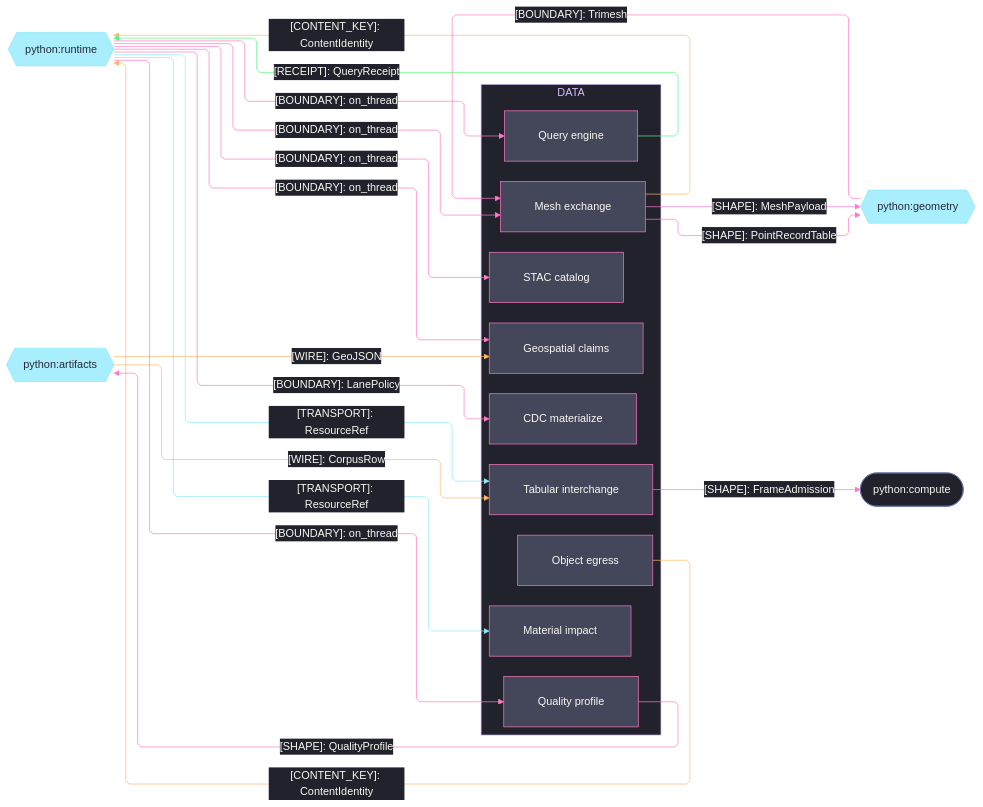
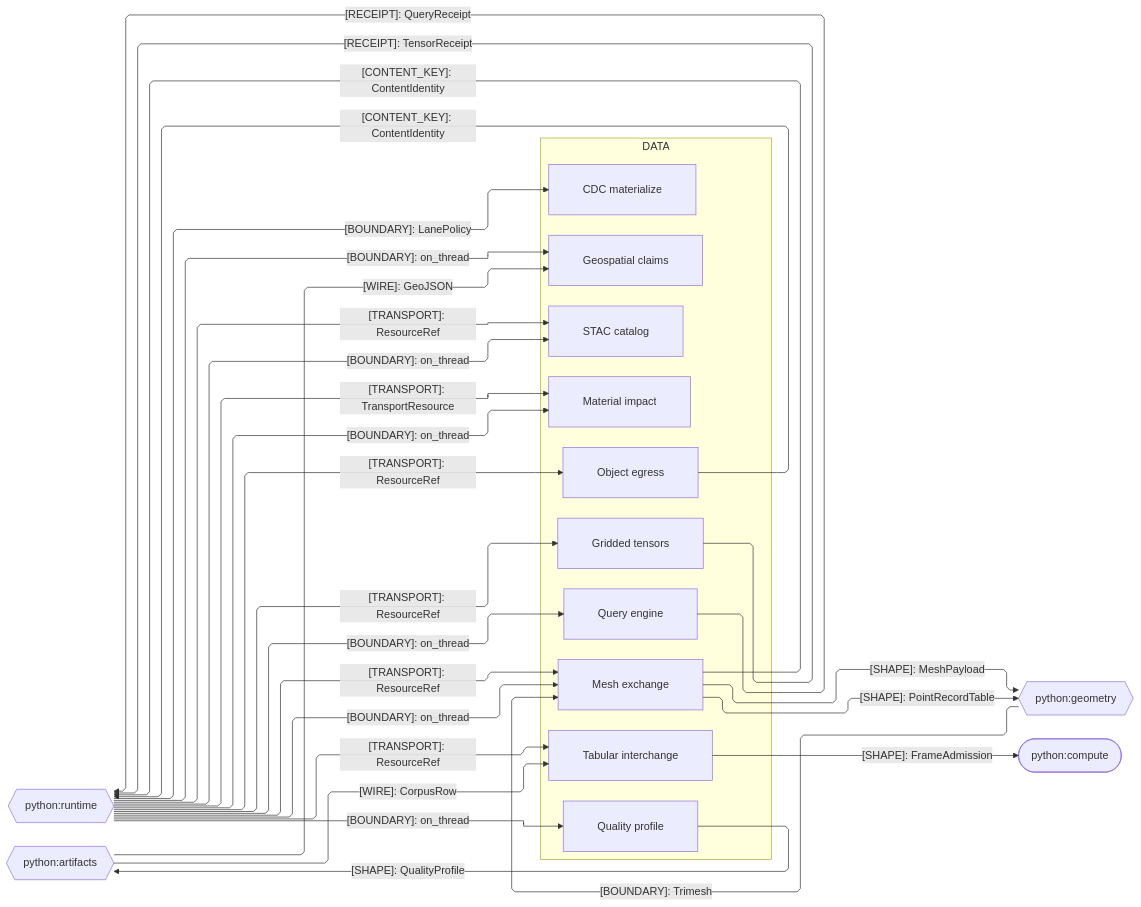
One commit to bsamiee/Rasm changed the first of 3 diagrams in libs/python/data/ARCHITECTURE.md. Above: the diagram before and after it, drawn with Mermaid. The commit also changed other lines of this file and 460 other files, not shown here.

````diff
--- a/libs/python/data/ARCHITECTURE.md
+++ b/libs/python/data/ARCHITECTURE.md
@@ -37,78 +37,52 @@
 ```mermaid
 ---
 config:
-  theme: base
-  look: classic
   layout: elk
   flowchart:
     curve: linear
     padding: 25
-  themeVariables:
-    darkMode: true
-    fontFamily: "SF Mono, Menlo, Cascadia Mono, Segoe UI Mono, Consolas, monospace"
-    useGradient: false
-    dropShadow: "none"
-    background: "#282A36"
-    primaryColor: "#44475A"
-    primaryTextColor: "#F8F8F2"
-    primaryBorderColor: "#BD93F9"
-    lineColor: "#FF79C6"
-    textColor: "#F8F8F2"
-    clusterBkg: "#21222C"
-    clusterBorder: "#D6BCFA"
-    edgeLabelBackground: "#21222C"
-    labelBackgroundColor: "#21222C"
-    titleColor: "#D6BCFA"
-  themeCSS: ".nodeLabel{font-size:13px;font-weight:500}.edgeLabel{font-size:12px;font-weight:500}.cluster-label .nodeLabel{font-size:13.5px;font-weight:700;letter-spacing:.08em}.edge-thickness-normal{stroke-width:2px}.edge-thickness-thick{stroke-width:3px}.edge-pattern-dashed,.edge-pattern-dotted{stroke-width:1.5px;stroke-dasharray:4 6}.node rect,.node circle,.node polygon,.node path,.node .outer-path{stroke-width:1.5px;filter:none!important}.cluster rect{stroke-width:1px!important;stroke-dasharray:5 4!important;filter:none!important}.marker path{transform:scale(.8);transform-origin:5px 5px}.marker circle{transform:scale(.48);transform-origin:5px 5px}.edgeLabel rect{transform-box:fill-box;transform-origin:center;transform:scale(1.1,1.2)}"
 ---
 flowchart LR
     accTitle: Data package Python-peer seam registry
-    accDescr: Data sub-domain owners exchanging content identity, transport, receipts, wires, and frame shapes with the Python runtime, artifacts, geometry, and compute siblings, edge rails colored by kind and nodes classed by seam direction.
+    accDescr: Data sub-domain owners exchanging content identity, transport, receipts, wires, and frame shapes with the Python runtime, artifacts, geometry, and compute siblings.
     subgraph data[DATA]
         Tabular[Tabular interchange]
         Egress[Object egress]
         Query[Query engine]
         Materialize[CDC materialize]
         Profile[Quality profile]
         Geospatial[Geospatial claims]
         Catalog[STAC catalog]
         Mesh[Mesh exchange]
+        Gridded[Gridded tensors]
         Impact[Material impact]
     end
     Runtime{{python:runtime}}
     Artifacts{{python:artifacts}}
     Geometry{{python:geometry}}
     Compute([python:compute])
     Egress e1@-->|"[CONTENT_KEY]: ContentIdentity"| Runtime
     Mesh e2@-->|"[CONTENT_KEY]: ContentIdentity"| Runtime
     Query e3@-->|"[RECEIPT]: QueryReceipt"| Runtime
+    Gridded e19@-->|"[RECEIPT]: TensorReceipt"| Runtime
     Runtime e4@-->|"[TRANSPORT]: ResourceRef"| Tabular
-    Runtime e5@-->|"[TRANSPORT]: ResourceRef"| Impact
+    Runtime e20@-->|"[TRANSPORT]: ResourceRef"| Egress
+    Runtime e21@-->|"[TRANSPORT]: ResourceRef"| Gridded
+    Runtime e22@-->|"[TRANSPORT]: ResourceRef"| Mesh
+    Runtime e23@-->|"[TRANSPORT]: ResourceRef"| Catalog
+    Runtime e5@-->|"[TRANSPORT]: TransportResource"| Impact
     Artifacts e6@-->|"[WIRE]: CorpusRow"| Tabular
     Profile e7@-->|"[SHAPE]: QualityProfile"| Artifacts
     Artifacts e8@-->|"[WIRE]: GeoJSON"| Geospatial
     Mesh e9@-->|"[SHAPE]: MeshPayload"| Geometry
     Mesh e15@-->|"[SHAPE]: PointRecordTable"| Geometry
     Geometry e16@-->|"[BOUNDARY]: Trimesh"| Mesh
     Tabular e10@-->|"[SHAPE]: FrameAdmission"| Compute
     Runtime e11@-->|"[BOUNDARY]: on_thread"| Query
     Runtime e12@-->|"[BOUNDARY]: on_thread"| Geospatial
     Runtime e13@-->|"[BOUNDARY]: on_thread"| Mesh
     Runtime e14@-->|"[BOUNDARY]: on_thread"| Profile
+    Runtime e24@-->|"[BOUNDARY]: on_thread"| Impact
     Runtime e17@-->|"[BOUNDARY]: LanePolicy"| Materialize
     Runtime e18@-->|"[BOUNDARY]: on_thread"| Catalog
-    classDef primary fill:#44475A,stroke:#FF79C6,color:#F8F8F2
-    classDef external fill:#8BE9FDBF,stroke:#8BE9FD,color:#282A36
-    classDef recessed fill:#21222C,stroke:#6272A4,color:#F8F8F2
-    classDef edgeData stroke:#FFB86C,color:#F8F8F2
-    classDef edgeSuccess stroke:#50FA7B,color:#F8F8F2
-    classDef edgeExternal stroke:#8BE9FD,color:#F8F8F2
-    classDef edgeControl stroke:#FF79C6,color:#F8F8F2
-    class Tabular,Egress,Query,Materialize,Profile,Geospatial,Catalog,Mesh,Impact primary
-    class Runtime,Artifacts,Geometry external
-    class Compute recessed
-    class e1,e2,e6,e8 edgeData
-    class e3 edgeSuccess
-    class e4,e5 edgeExternal
-    class e7,e9,e10,e11,e12,e13,e14,e15,e16,e17,e18 edgeControl
 ```
````
